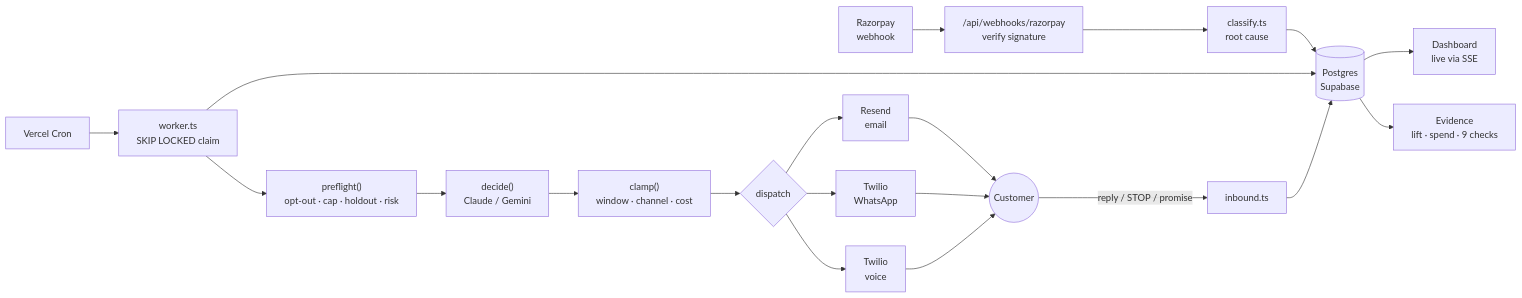
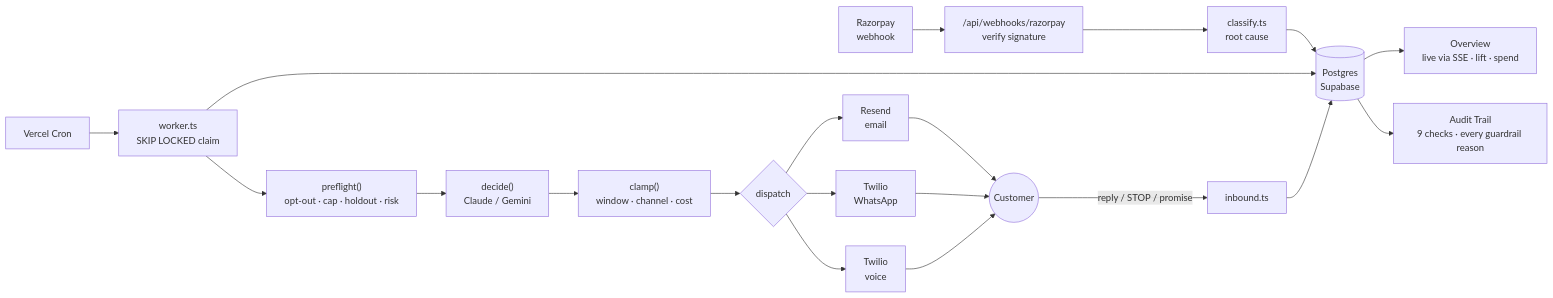
The first of 3 diagrams in README.md (Mudavath-Giri-Naik/Tally), drawn with Mermaid before and after one commit. The commit also changed other lines of this file and 9 other files, not shown here.

First line of the commit message:
Remove the standalone Evidence page, folded into Overview and Audit Trail

````diff
--- a/README.md
+++ b/README.md
@@ -37,25 +37,25 @@
 ```mermaid
 flowchart LR
   RP["Razorpay<br/>webhook"] --> WH["/api/webhooks/razorpay<br/>verify signature"]
   WH --> CLS["classify.ts<br/>root cause"]
   CLS --> DB[("Postgres<br/>Supabase")]
 
   CRON["Vercel Cron"] --> WK["worker.ts<br/>SKIP LOCKED claim"]
   WK --> DB
   WK --> PF["preflight()<br/>opt-out · cap · holdout · risk"]
   PF --> DEC["decide()<br/>Claude / Gemini"]
   DEC --> CLAMP["clamp()<br/>window · channel · cost"]
   CLAMP --> DISP{"dispatch"}
 
   DISP --> EMAIL["Resend<br/>email"]
   DISP --> WA["Twilio<br/>WhatsApp"]
   DISP --> VOICE["Twilio<br/>voice"]
 
   EMAIL --> CUST(("Customer"))
   WA --> CUST
   VOICE --> CUST
   CUST -- "reply / STOP / promise" --> IB["inbound.ts"]
   IB --> DB
-  DB --> DASH["Dashboard<br/>live via SSE"]
-  DB --> EVID["Evidence<br/>lift · spend · 9 checks"]
+  DB --> DASH["Overview<br/>live via SSE · lift · spend"]
+  DB --> AUD["Audit Trail<br/>9 checks · every guardrail reason"]
 ```
````
